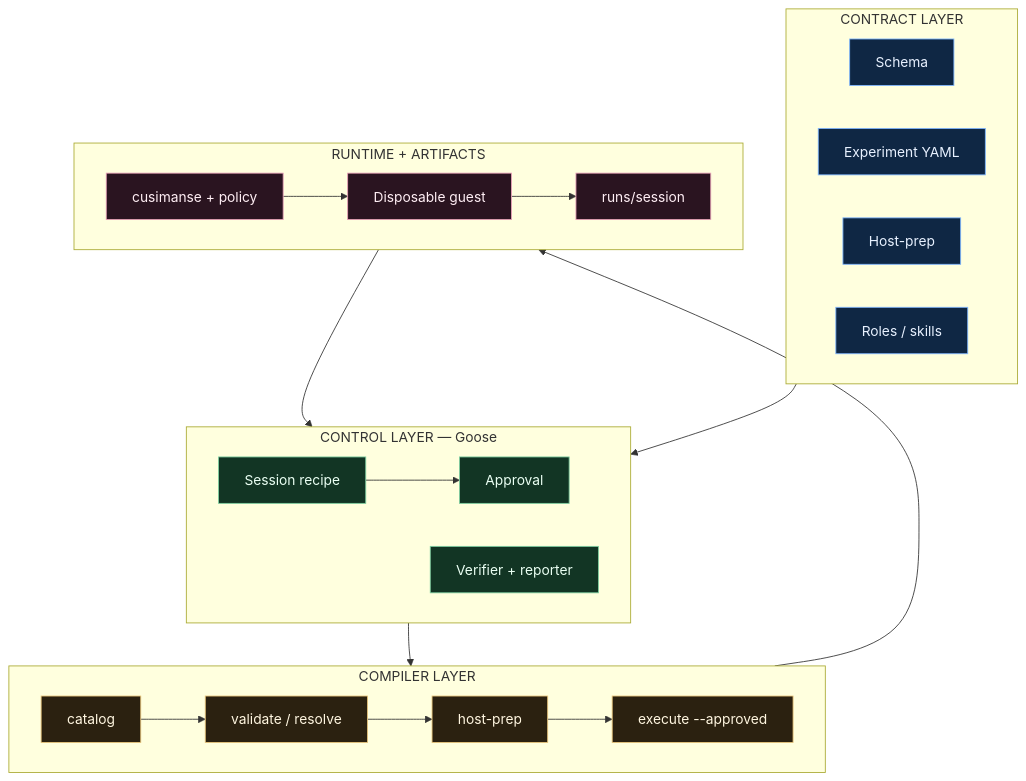
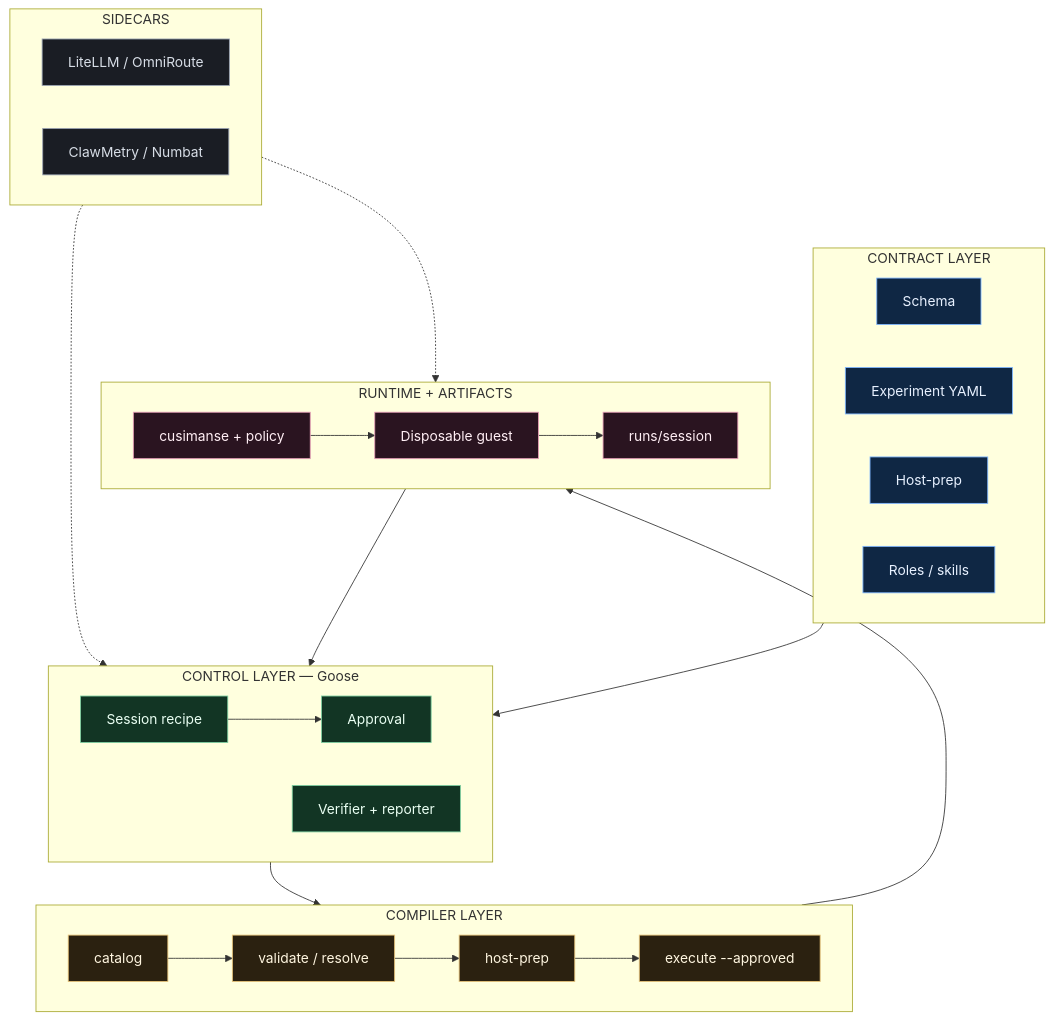
One commit to Opposum0112/Cusimanse changed the diagram in README.md. Above: the diagram before and after it, drawn with Mermaid. The commit also changed other lines of this file and 1 other file, not shown here.

Commit message:
docs: architecture SVG, full repo map, researcher YAML workflow

````diff
--- a/README.md
+++ b/README.md
@@ -41,45 +48,47 @@
 ```mermaid
 flowchart TB
   classDef contract fill:#0f2744,stroke:#7eb6ff,color:#e8f1ff
   classDef control fill:#123524,stroke:#7dcea0,color:#eafff3
   classDef compile fill:#2b2110,stroke:#e8c47a,color:#fff6e0
   classDef runtime fill:#2a1420,stroke:#e8a0b8,color:#ffeef4
   classDef side fill:#1a1d24,stroke:#9aa3b2,color:#d7dde6
-
   subgraph CONTRACT["CONTRACT LAYER"]
     direction LR
-    S["Schema"]
-    E["Experiment YAML"]
-    H["Host-prep"]
-    R["Roles / skills"]
+    S[Schema]
+    E[Experiment YAML]
+    H[Host-prep]
+    R[Roles / skills]
   end
-
   subgraph CONTROL["CONTROL LAYER — Goose"]
     direction LR
-    G["Session recipe"]
-    AP["Approval"]
-    VR["Verifier + reporter"]
+    G[Session recipe]
+    AP[Approval]
+    VR[Verifier + reporter]
   end
-
   subgraph COMPILE["COMPILER LAYER"]
     direction LR
-    CA["catalog"]
-    VA["validate / resolve"]
-    HP["host-prep"]
-    EX["execute --approved"]
+    CA[catalog]
+    VA[validate / resolve]
+    HP[host-prep]
+    EX[execute --approved]
   end
-
   subgraph RUNTIME["RUNTIME + ARTIFACTS"]
     direction LR
-    EN["cusimanse + policy"]
-    VM["Disposable guest"]
-    EV["runs/session"]
+    EN[cusimanse + policy]
+    VM[Disposable guest]
+    EV[runs/session]
   end
-
+  subgraph SIDE["SIDECARS"]
+    direction LR
+    GW[LiteLLM / OmniRoute]
+    OB[ClawMetry / Numbat]
+  end
   E --> G --> AP --> CA --> VA --> HP --> EX --> EN --> VM --> EV --> VR
-
+  GW -.-> G
+  OB -.-> EV
   class S,E,H,R contract
   class G,AP,VR control
   class CA,VA,HP,EX compile
   class EN,VM,EV runtime
+  class GW,OB side
 ```
````
